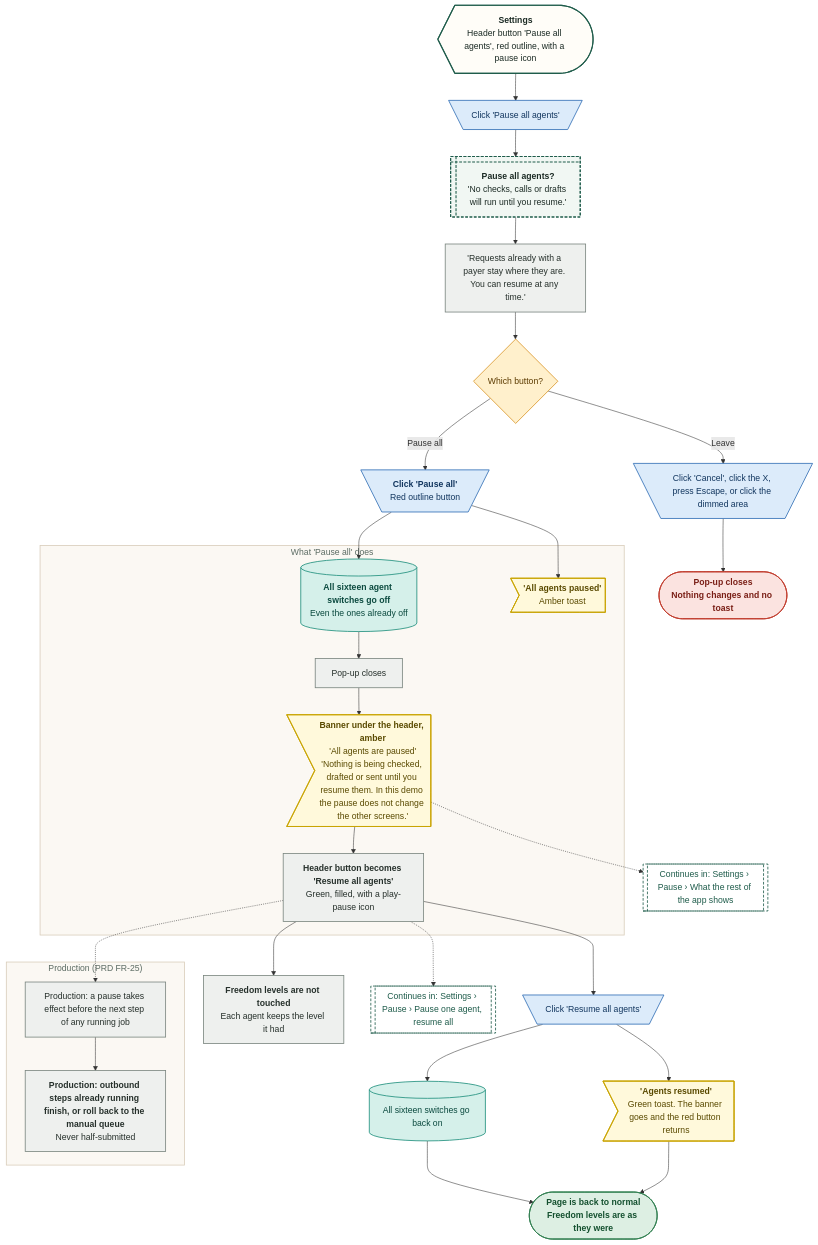
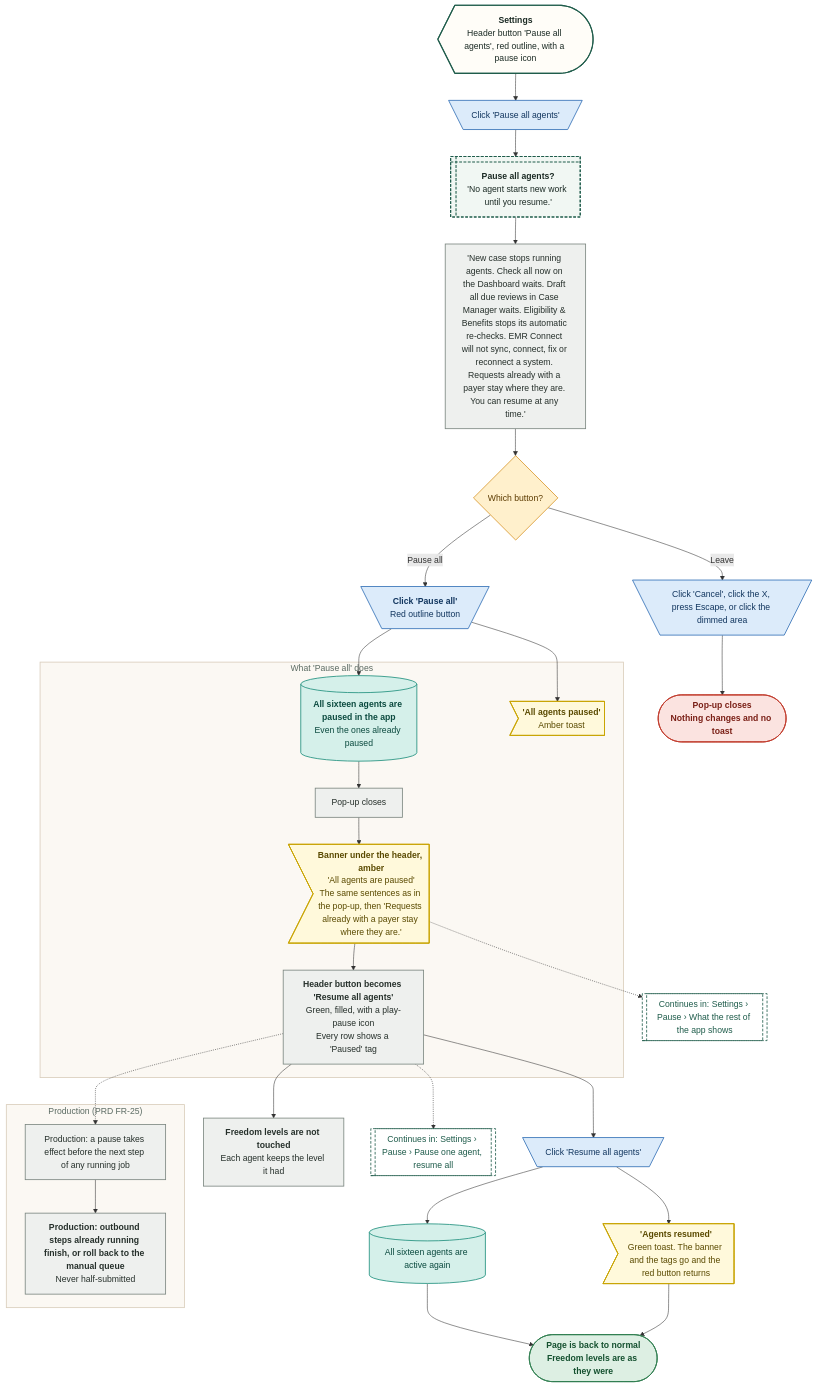
The fifth of 10 diagrams in demos/prior-auth-demo/workflows/out/md/11-settings.md (Shrav143/psyfloapp), drawn with Mermaid before and after one commit. The commit also changed other lines of this file and 195 other files, not shown here.

First line of the commit message:
docs: Rebuild workflow diagrams after the demo fixes (220 diagrams)

````diff
--- a/demos/prior-auth-demo/workflows/out/md/11-settings.md
+++ b/demos/prior-auth-demo/workflows/out/md/11-settings.md
@@ -340,70 +347,70 @@
 ```mermaid
 %%{init: {"theme":"base","themeVariables":{"fontFamily":"'DM Sans', 'Segoe UI', system-ui, sans-serif","fontSize":"15px","lineColor":"#5B6B63","primaryTextColor":"#1C2B25","clusterBkg":"#FBF8F3","clusterBorder":"#D9CDBB","edgeLabelBackground":"#FFFFFF"},"flowchart":{"curve":"basis","nodeSpacing":36,"rankSpacing":48,"padding":12,"htmlLabels":true,"useMaxWidth":false,"wrappingWidth":230}} }%%
 flowchart TD
   classDef k_start fill:#1F5C4B,stroke:#174638,color:#FFFFFF,stroke-width:1.5px,font-weight:600
   classDef k_end fill:#DDEFE3,stroke:#2E7D4F,color:#14502F,stroke-width:1.5px,font-weight:600
   classDef k_endx fill:#FBE3E0,stroke:#C0392B,color:#7A1F16,stroke-width:1.5px,font-weight:600
   classDef k_screen fill:#FFFDF8,stroke:#1F5C4B,color:#1C2B25,stroke-width:2px
   classDef k_overlay fill:#F1F7F3,stroke:#1F5C4B,color:#1C2B25,stroke-width:2px,stroke-dasharray:5 3
   classDef k_click fill:#DCEBFA,stroke:#2F6DB5,color:#12365F,stroke-width:1.5px
   classDef k_input fill:#E4E7FF,stroke:#4C5FD5,color:#1D2670,stroke-width:1.5px
   classDef k_process fill:#EEF0EE,stroke:#7A857F,color:#26302B,stroke-width:1.5px
   classDef k_agent fill:#EEE5FA,stroke:#7A4FC2,color:#341A63,stroke-width:1.5px
   classDef k_decision fill:#FFF0CC,stroke:#D9962B,color:#5C3B00,stroke-width:1.5px
   classDef k_store fill:#D5F0EA,stroke:#1C8E7B,color:#0B4A3F,stroke-width:1.5px
   classDef k_doc fill:#F6E9DC,stroke:#B07A4C,color:#4A2E14,stroke-width:1.5px
   classDef k_ext fill:#FFE6D2,stroke:#E07B39,color:#6B2F06,stroke-width:1.5px
   classDef k_wait fill:#E4E8EE,stroke:#6B7C93,color:#26303D,stroke-width:1.5px
   classDef k_toast fill:#FFF9DB,stroke:#C9A400,color:#5A4A00,stroke-width:1.5px
   classDef k_goto fill:#FFFFFF,stroke:#1F5C4B,color:#1F5C4B,stroke-width:1.5px,stroke-dasharray:5 3
   s1@{ shape: curv-trap, label: "<b>Settings</b><br/>Header button 'Pause all agents', red outline, with a pause icon" }
   c1@{ shape: trap-t, label: "Click 'Pause all agents'" }
-  o1@{ shape: win-pane, label: "<b>Pause all agents?</b><br/>'No checks, calls or drafts will run until you resume.'" }
-  p1@{ shape: rect, label: "'Requests already with a payer stay where they are. You can resume at any time.'" }
+  o1@{ shape: win-pane, label: "<b>Pause all agents?</b><br/>'No agent starts new work until you resume.'" }
+  p1@{ shape: rect, label: "'New case stops running agents. Check all now on the Dashboard waits. Draft all due reviews in Case Manager waits. Eligibility & Benefits stops its automatic re-checks. EMR Connect will not sync, connect, fix or reconnect a system. Requests already with a payer stay where they are. You can resume at any time.'" }
   q1@{ shape: diam, label: "Which button?" }
   k1@{ shape: trap-t, label: "Click 'Cancel', click the X, press Escape, or click the dimmed area" }
   x1@{ shape: stadium, label: "<b>Pop-up closes</b><br/>Nothing changes and no toast" }
   k2@{ shape: trap-t, label: "<b>Click 'Pause all'</b><br/>Red outline button" }
   subgraph gDo ["What 'Pause all' does"]
-  a1@{ shape: cyl, label: "<b>All sixteen agent switches go off</b><br/>Even the ones already off" }
+  a1@{ shape: cyl, label: "<b>All sixteen agents are paused in the app</b><br/>Even the ones already paused" }
   a2@{ shape: rect, label: "Pop-up closes" }
   a3@{ shape: odd, label: "<b>'All agents paused'</b><br/>Amber toast" }
-  a4@{ shape: odd, label: "<b>Banner under the header, amber</b><br/>'All agents are paused'<br/>'Nothing is being checked, drafted or sent until you resume them. In this demo the pause does not change the other screens.'" }
-  a5@{ shape: rect, label: "<b>Header button becomes 'Resume all agents'</b><br/>Green, filled, with a play-pause icon" }
+  a4@{ shape: odd, label: "<b>Banner under the header, amber</b><br/>'All agents are paused'<br/>The same sentences as in the pop-up, then 'Requests already with a payer stay where they are.'" }
+  a5@{ shape: rect, label: "<b>Header button becomes 'Resume all agents'</b><br/>Green, filled, with a play-pause icon<br/>Every row shows a 'Paused' tag" }
   end
   n1@{ shape: rect, label: "<b>Freedom levels are not touched</b><br/>Each agent keeps the level it had" }
+  g3@{ shape: subproc, label: "Continues in: Settings › Pause › What the rest of the app shows" }
   subgraph gReal ["Production (PRD FR-25)"]
   r1@{ shape: rect, label: "Production: a pause takes effect before the next step of any running job" }
   r2@{ shape: rect, label: "<b>Production: outbound steps already running finish, or roll back to the manual queue</b><br/>Never half-submitted" }
   end
   k3@{ shape: trap-t, label: "Click 'Resume all agents'" }
-  b1@{ shape: cyl, label: "All sixteen switches go back on" }
-  b2@{ shape: odd, label: "<b>'Agents resumed'</b><br/>Green toast. The banner goes and the red button returns" }
+  b1@{ shape: cyl, label: "All sixteen agents are active again" }
+  b2@{ shape: odd, label: "<b>'Agents resumed'</b><br/>Green toast. The banner and the tags go and the red button returns" }
   e1@{ shape: stadium, label: "<b>Page is back to normal</b><br/>Freedom levels are as they were" }
-  g1@{ shape: subproc, label: "Continues in: Settings › Pause › What the rest of the app shows" }
   g2@{ shape: subproc, label: "Continues in: Settings › Pause › Pause one agent, resume all" }
   s1 --> c1 --> o1 --> p1 --> q1
   q1 -->|"Leave"| k1 --> x1
   q1 -->|"Pause all"| k2 --> a1 & a3
   a1 --> a2 --> a4 --> a5
   a5 --> n1
   a5 --> k3 --> b1 & b2
   b1 --> e1
   b2 --> e1
   a5 -.-> r1
   r1 --> r2
-  a4 -.-> g1
+  a4 -.-> g3
   a5 -.-> g2
   class s1 k_screen
   class c1,k1,k2,k3 k_click
   class o1 k_overlay
   class p1,a2,a5,n1,r1,r2 k_process
   class q1 k_decision
   class x1 k_endx
   class a1,b1 k_store
   class a3,a4,b2 k_toast
+  class g3,g2 k_goto
   class e1 k_end
-  class g1,g2 k_goto
   style gDo fill:#FBF8F3,stroke:#D9CDBB,stroke-width:1.5px,color:#5B6B63
   style gReal fill:#FBF8F3,stroke:#D9CDBB,stroke-width:1.5px,color:#5B6B63
 ```
````
